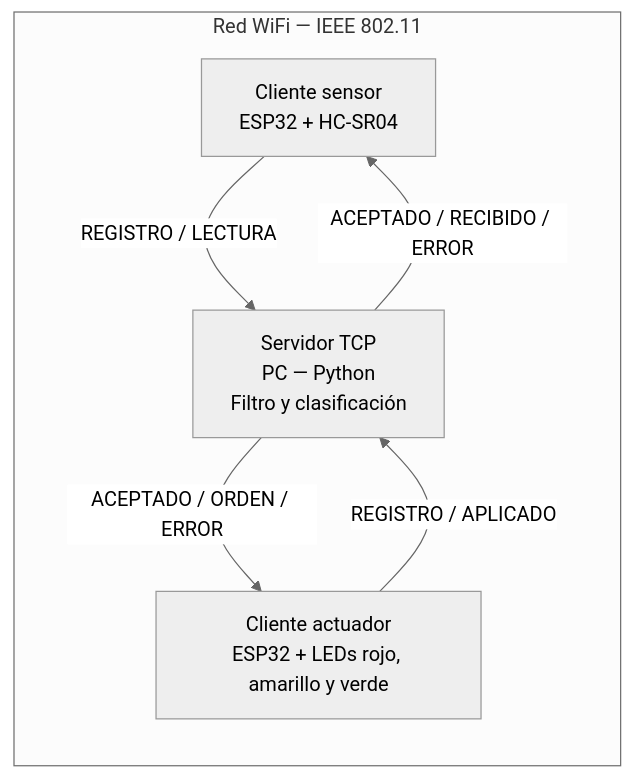
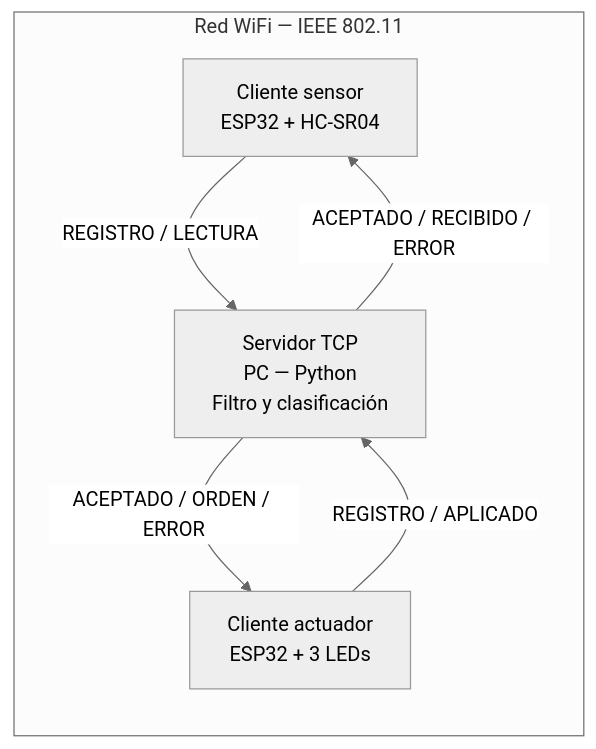
Before and after one commit to Sam-J-R/IoT_practica_2: the third of 3 diagrams in protocolo.md, drawn with Mermaid (neutral theme). The commit also changed other lines of this file and 19 other files, not shown here.

````diff
--- a/protocolo.md
+++ b/protocolo.md
@@ -15,12 +318,12 @@
 ```mermaid
 flowchart LR
-    subgraph RED["Red WiFi — IEEE 802.11"]
-        SENSOR["Cliente sensor<br/>ESP32 + HC-SR04"]
-        SERVIDOR["Servidor TCP<br/>PC — Python<br/>Filtro y clasificación"]
-        ACTUADOR["Cliente actuador<br/>ESP32 + LEDs rojo, amarillo y verde"]
-        SENSOR -->|"REGISTRO / LECTURA"| SERVIDOR
-        SERVIDOR -->|"ACEPTADO / RECIBIDO / ERROR"| SENSOR
-        SERVIDOR -->|"ACEPTADO / ORDEN / ERROR"| ACTUADOR
-        ACTUADOR -->|"REGISTRO / APLICADO"| SERVIDOR
+    subgraph LAN["Red WiFi — IEEE 802.11"]
+        N["Cliente sensor<br/>ESP32 + HC-SR04"]
+        S["Servidor TCP<br/>PC — Python<br/>Filtro y clasificación"]
+        A["Cliente actuador<br/>ESP32 + 3 LEDs"]
+        N -->|"REGISTRO / LECTURA"| S
+        S -->|"ACEPTADO / RECIBIDO / ERROR"| N
+        S -->|"ACEPTADO / ORDEN / ERROR"| A
+        A -->|"REGISTRO / APLICADO"| S
     end
 ```
````
